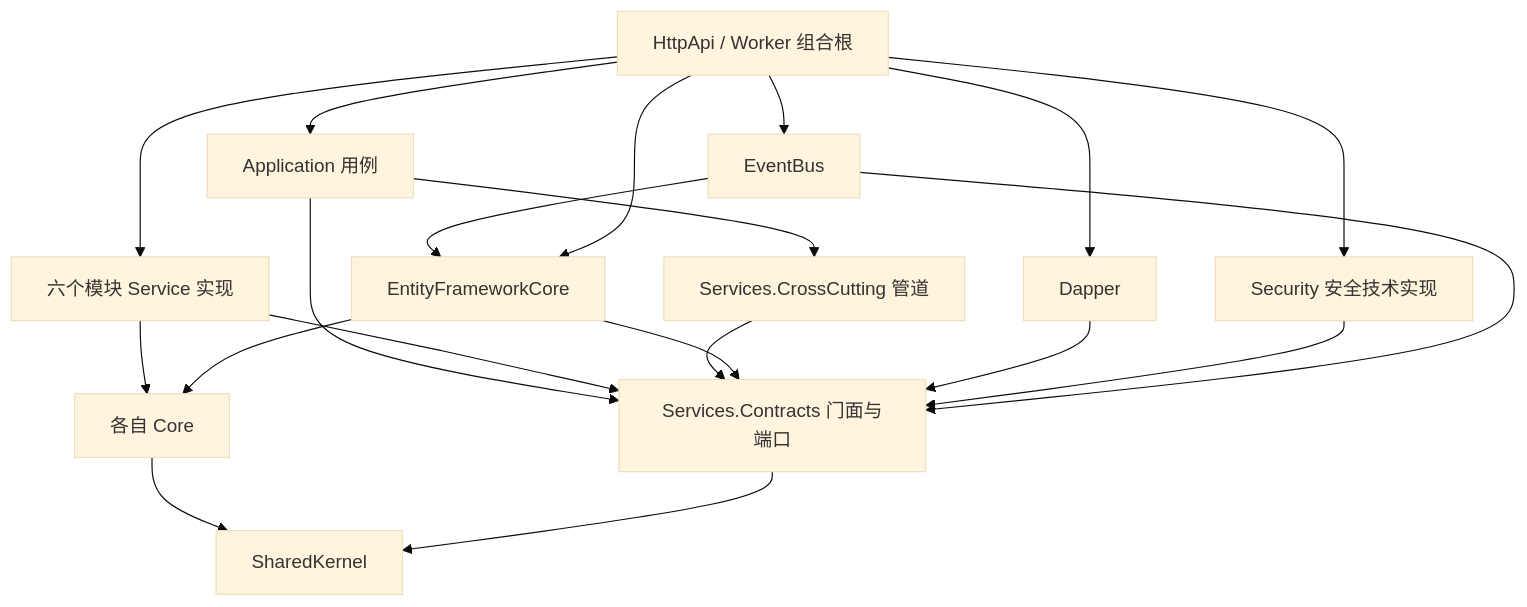
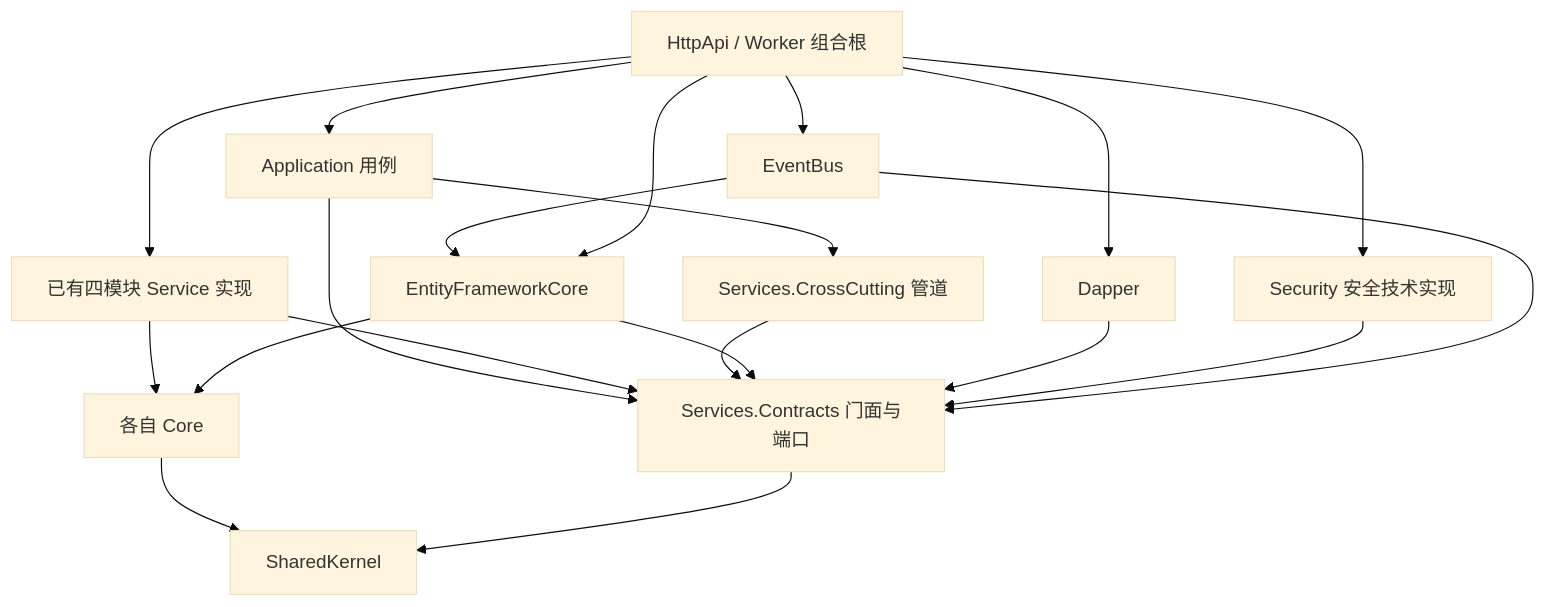
Before and after one commit to ShuJinHao/SoftwareVersionManagement: the first of 4 diagrams in docs/软件框架设计.md, drawn with Mermaid (base theme). The commit also changed other lines of this file, not shown here.

Commit message:
docs: align dependency diagram with implemented modules

````diff
--- a/docs/软件框架设计.md
+++ b/docs/软件框架设计.md
@@ -159,22 +159,22 @@
 ```mermaid
 flowchart TB
     Hosts[HttpApi / Worker 组合根] --> App[Application 用例]
     App --> CC[Services.CrossCutting 管道]
     App --> Contracts[Services.Contracts 门面与端口]
-    Services[六个模块 Service 实现] --> Contracts
+    Services[已有四模块 Service 实现] --> Contracts
     Services --> Core[各自 Core]
     Core --> Kernel[SharedKernel]
     Contracts --> Kernel
     CC --> Contracts
     EF[EntityFrameworkCore] --> Core
     EF --> Contracts
     Dapper[Dapper] --> Contracts
     Security[Security 安全技术实现] --> Contracts
     Bus[EventBus] --> Contracts
     Bus --> EF
     Hosts --> Services
     Hosts --> EF
     Hosts --> Dapper
     Hosts --> Security
     Hosts --> Bus
 ```
````
